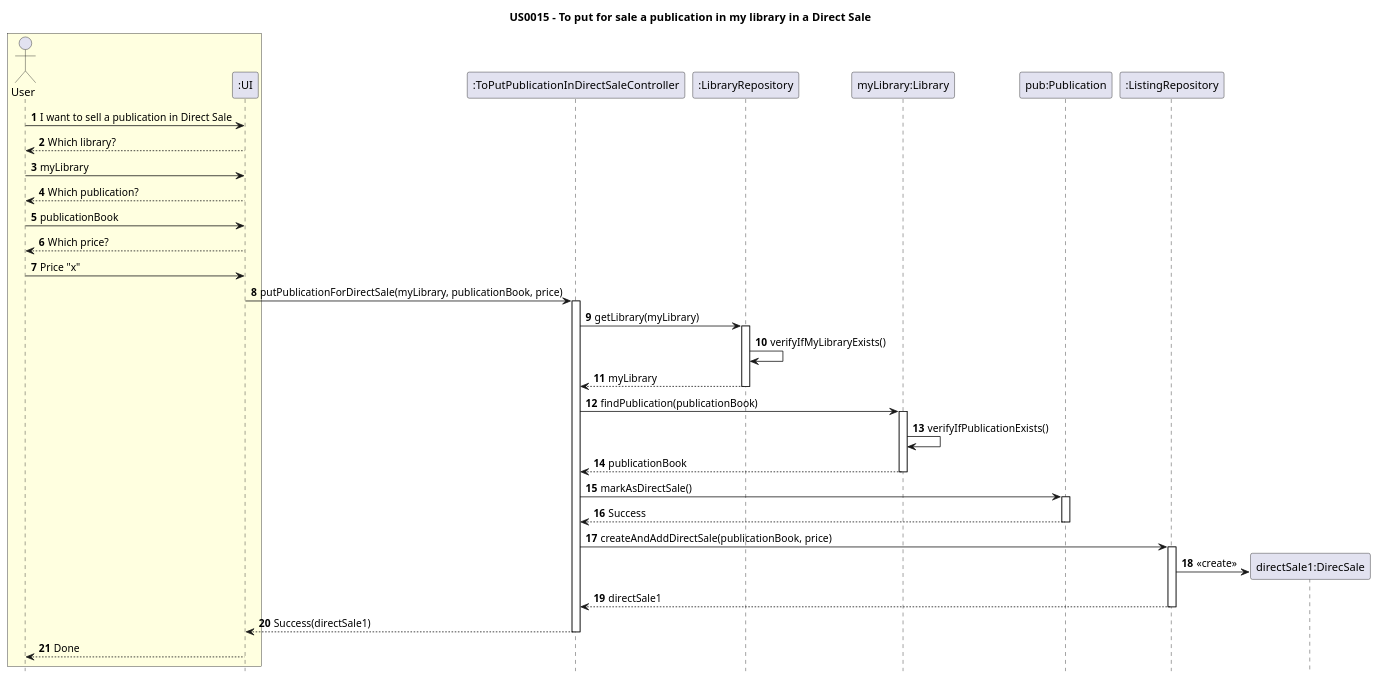
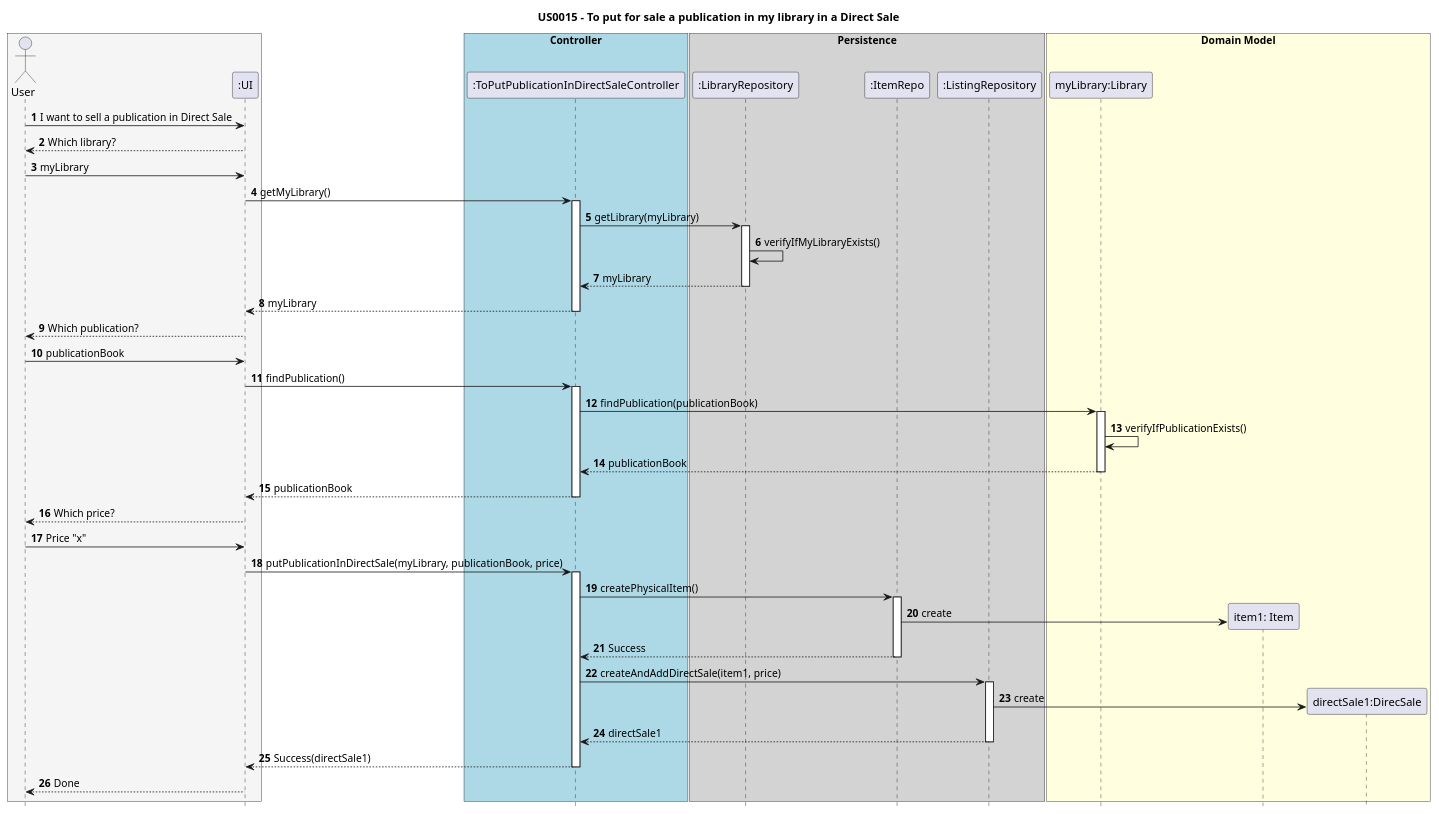
Before and after one commit to AndrePereiraGitH/SWitCH-Project-Team_A: the diagram in Diagrams/SequenceDiagrams/N2/US015-To-put-for-a-sale-a-publication-in-my-library-in-a-direct-sale.puml, drawn with PlantUML. The commit also changed 2 other files, not shown here.

```diff
--- a/Diagrams/SequenceDiagrams/N2/US015-To-put-for-a-sale-a-publication-in-my-library-in-a-direct-sale.puml
+++ b/Diagrams/SequenceDiagrams/N2/US015-To-put-for-a-sale-a-publication-in-my-library-in-a-direct-sale.puml
@@ -1,56 +1,77 @@
 @startuml
 autonumber
 hide footbox
 title US0015 - To put for sale a publication in my library in a Direct Sale
 
-box #LightYellow
+box #WhiteSmoke
 actor User
 participant ":UI" as UI
 end box
 
+box "Controller" #LightBlue
 participant ":ToPutPublicationInDirectSaleController" as C
+end box
+
+box "Persistence" #LightGrey
 participant ":LibraryRepository" as LibRepo
+participant ":ItemRepo" as Item
+participant ":ListingRepository" as ListRepo
+end box
+
+box "Domain Model"#LightYellow
 participant "myLibrary:Library" as Lib
-participant "pub:Publication" as Pub
-'/participant ":Listing" as Lis
-participant ":ListingRepository" as ListRepo
 
 User -> UI : I want to sell a publication in Direct Sale
 UI --> User : Which library?
 User -> UI : myLibrary
-UI --> User : Which publication?
-User -> UI : publicationBook
-UI --> User : Which price?
-User -> UI : Price "x"
 
-UI -> C : putPublicationForDirectSale(myLibrary, publicationBook, price)
+
+UI -> C : getMyLibrary()
 activate C
-
 C -> LibRepo : getLibrary(myLibrary)
 activate LibRepo
 LibRepo -> LibRepo : verifyIfMyLibraryExists()
 LibRepo --> C : myLibrary
 deactivate LibRepo
+C --> UI : myLibrary
+deactivate C
 
+
+UI --> User : Which publication?
+User -> UI : publicationBook
+
+UI -> C : findPublication()
+activate C
 C -> Lib : findPublication(publicationBook)
 activate Lib
 Lib -> Lib : verifyIfPublicationExists()
 Lib --> C : publicationBook
 deactivate Lib
+C --> UI : publicationBook
+deactivate C
 
-C -> Pub : markAsDirectSale()
-activate Pub
-Pub --> C : Success
-deactivate Pub
 
-C -> ListRepo : createAndAddDirectSale(publicationBook, price)
+UI --> User : Which price?
+User -> UI : Price "x"
+
+UI -> C : putPublicationInDirectSale(myLibrary, publicationBook, price)
+activate C
+C -> Item : createPhysicalItem()
+activate Item
+create "item1: Item" as item1
+Item -> item1 : create
+Item --> C : Success
+deactivate Item
+
+C -> ListRepo : createAndAddDirectSale(item1, price)
 activate ListRepo
 create "directSale1:DirecSale" as directSale1
-ListRepo -> directSale1 : <<create>>
+ListRepo -> directSale1 : create
 ListRepo --> C : directSale1
 deactivate ListRepo
+end box
 
 C --> UI : Success(directSale1)
 deactivate C
 UI --> User : Done
 @enduml
```
